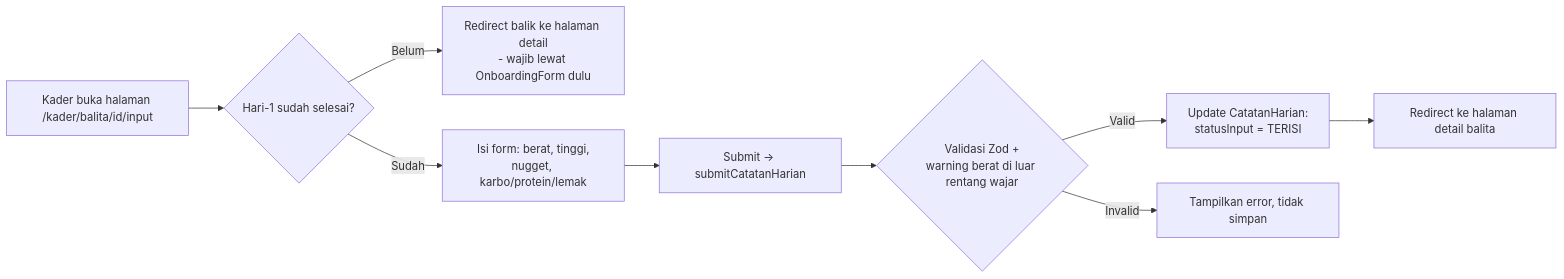
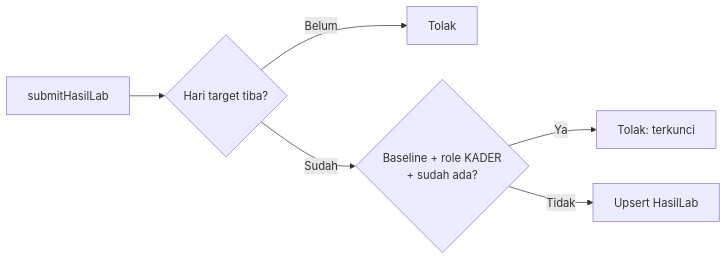
The fourth of 4 diagrams in architecture.md (Makipak/pakanBayi), drawn with Mermaid before and after one commit. The commit also changed other lines of this file and 8 other files, not shown here.

First line of the commit message:
Hapus gating hari-1; kunci Baseline setelah terisi, fokus Endline

````diff
--- a/architecture.md
+++ b/architecture.md
@@ -183,11 +180,8 @@
 ```mermaid
 graph LR
-    A[Kader buka halaman /kader/balita/id/input] --> B{Hari-1 sudah selesai?}
-    B -->|Belum| C[Redirect balik ke halaman detail\n- wajib lewat OnboardingForm dulu]
-    B -->|Sudah| D[Isi form: berat, tinggi,\nnugget, karbo/protein/lemak]
-    D --> E[Submit -> submitCatatanHarian]
-    E --> F{Validasi Zod +\nwarning berat di luar rentang wajar}
-    F -->|Valid| G[Update CatatanHarian:\nstatusInput = TERISI]
-    F -->|Invalid| H[Tampilkan error, tidak simpan]
-    G --> I[Redirect ke halaman detail balita]
+    A[submitHasilLab] --> B{Hari target tiba?}
+    B -->|Belum| X[Tolak]
+    B -->|Sudah| C{Baseline + role KADER\n+ sudah ada?}
+    C -->|Ya| Y[Tolak: terkunci]
+    C -->|Tidak| D[Upsert HasilLab]
 ```
````
